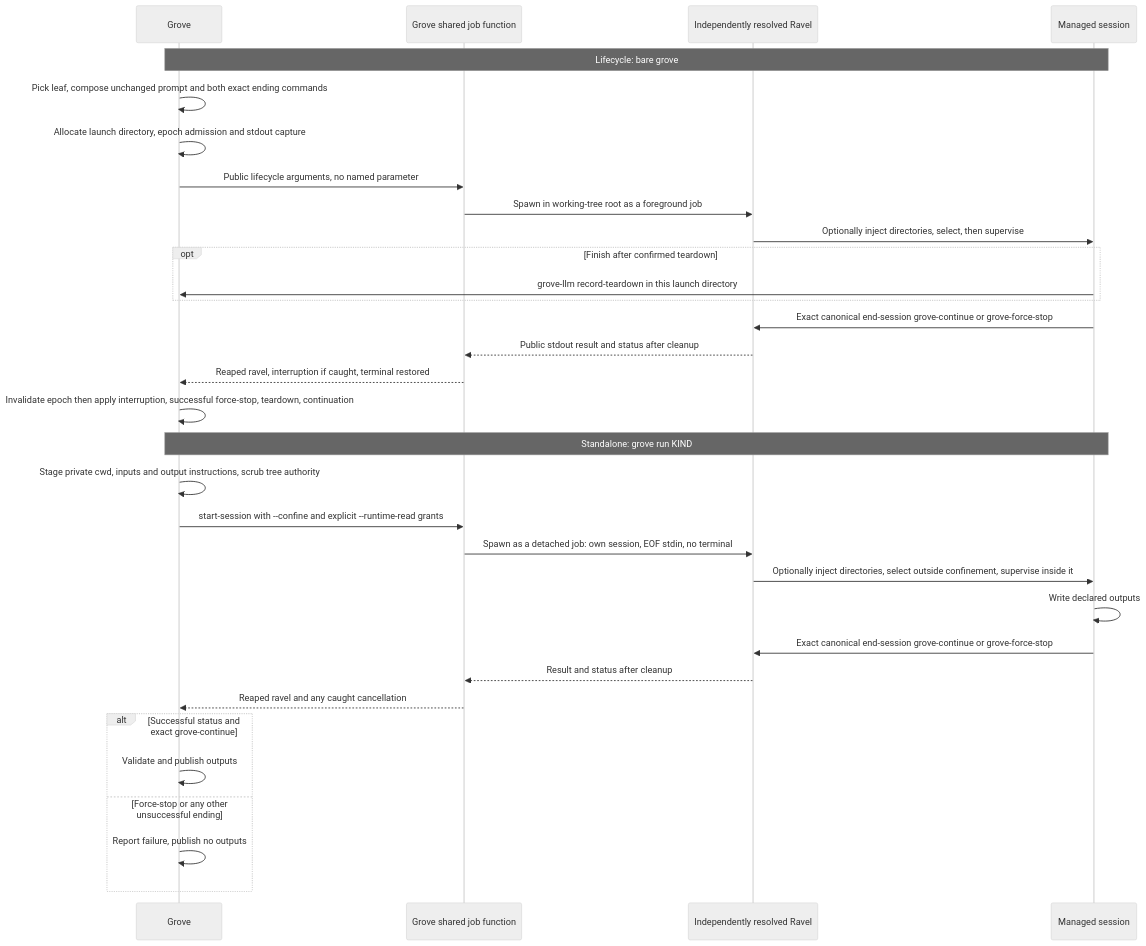
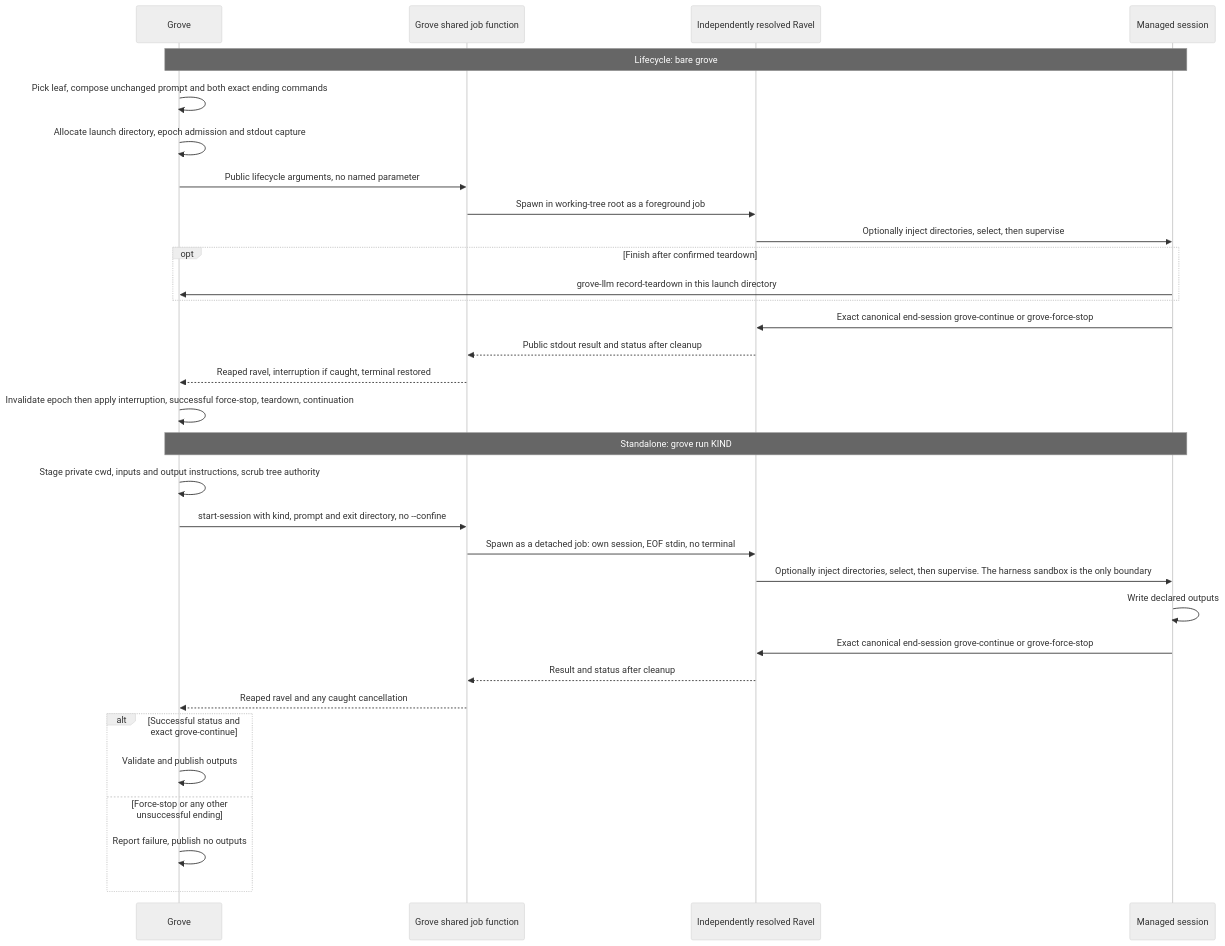
One commit to Linkuistics/grove changed the diagram in docs/design/harness-selection-and-execution/grove-launch.mmd. Above: the diagram before and after it, drawn with Mermaid (neutral theme). The commit also changed 23 other files, not shown here.

```diff
--- a/docs/design/harness-selection-and-execution/grove-launch.mmd
+++ b/docs/design/harness-selection-and-execution/grove-launch.mmd
@@ -1,32 +1,32 @@
 sequenceDiagram
   participant G as Grove
   participant L as Grove shared job function
   participant R as Independently resolved Ravel
   participant H as Managed session
   Note over G,H: Lifecycle: bare grove
   G->>G: Pick leaf, compose unchanged prompt and both exact ending commands
   G->>G: Allocate launch directory, epoch admission and stdout capture
   G->>L: Public lifecycle arguments, no named parameter
   L->>R: Spawn in working-tree root as a foreground job
   R->>H: Optionally inject directories, select, then supervise
   opt Finish after confirmed teardown
     H->>G: grove-llm record-teardown in this launch directory
   end
   H->>R: Exact canonical end-session grove-continue or grove-force-stop
   R-->>L: Public stdout result and status after cleanup
   L-->>G: Reaped ravel, interruption if caught, terminal restored
   G->>G: Invalidate epoch then apply interruption, successful force-stop, teardown, continuation
   Note over G,H: Standalone: grove run KIND
   G->>G: Stage private cwd, inputs and output instructions, scrub tree authority
-  G->>L: start-session with --confine and explicit --runtime-read grants
+  G->>L: start-session with kind, prompt and exit directory, no --confine
   L->>R: Spawn as a detached job: own session, EOF stdin, no terminal
-  R->>H: Optionally inject directories, select outside confinement, supervise inside it
+  R->>H: Optionally inject directories, select, then supervise. The harness sandbox is the only boundary
   H->>H: Write declared outputs
   H->>R: Exact canonical end-session grove-continue or grove-force-stop
   R-->>L: Result and status after cleanup
   L-->>G: Reaped ravel and any caught cancellation
   alt Successful status and exact grove-continue
     G->>G: Validate and publish outputs
   else Force-stop or any other unsuccessful ending
     G->>G: Report failure, publish no outputs
   end
```
